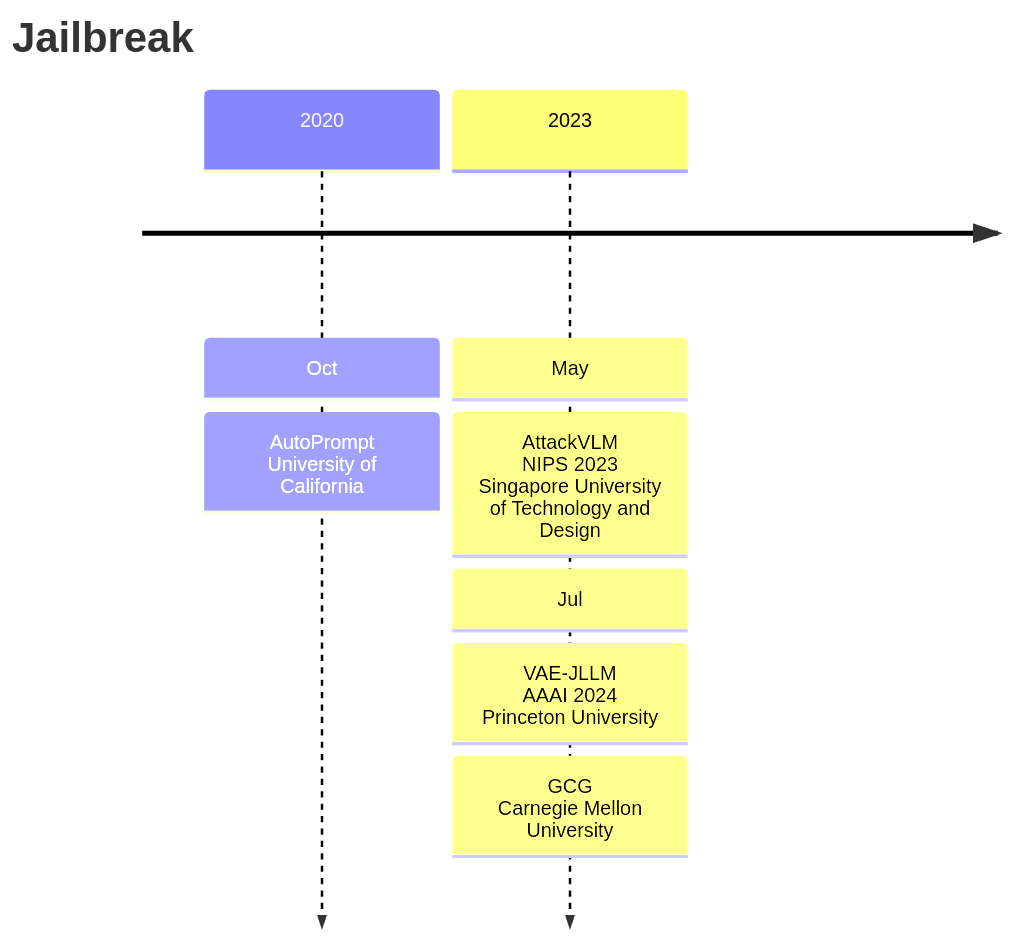
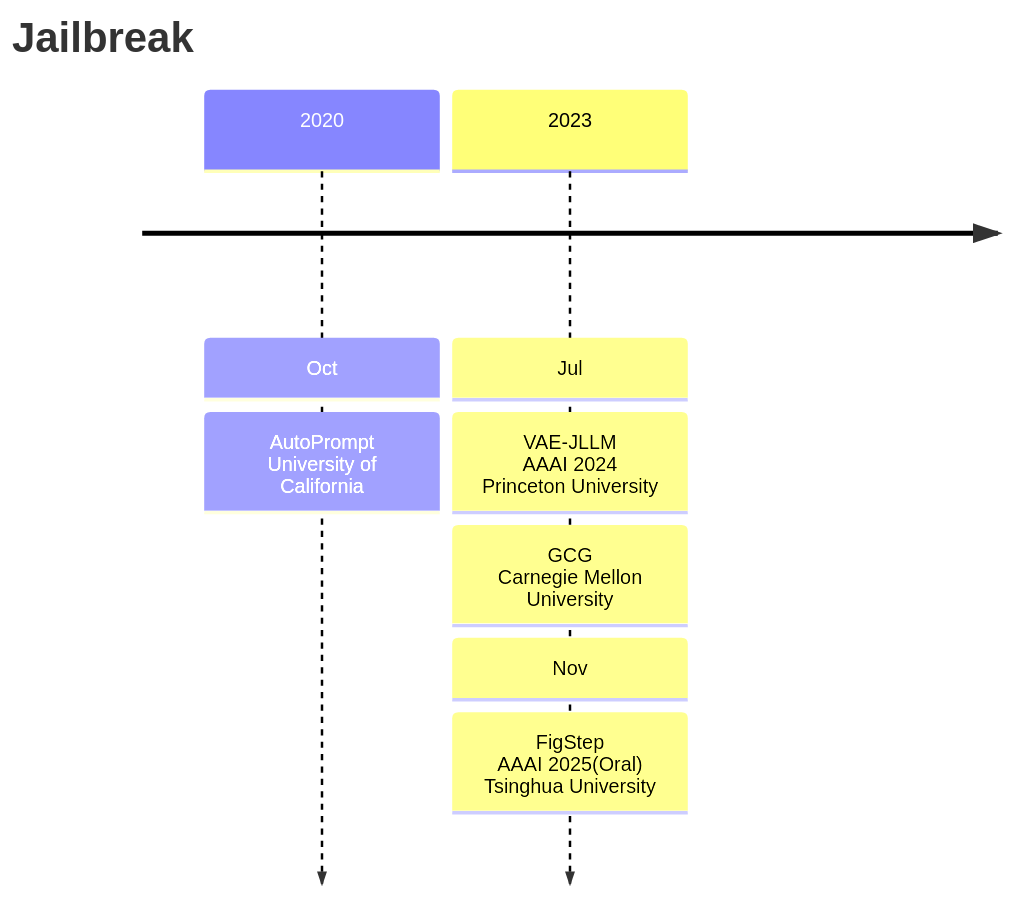
Before and after one commit to Elephant-King9/Paper: the first of 5 diagrams in Attack/Jailbreak/analyse.md, drawn with Mermaid. The commit also changed other lines of this file and 8 other files, not shown here.

Commit message:
FigStep: Jailbreaking Large Vision-Language Models via Typographic Visual Prompts

````diff
--- a/Attack/Jailbreak/analyse.md
+++ b/Attack/Jailbreak/analyse.md
@@ -5,13 +5,13 @@
 ```mermaid
 timeline
     title Jailbreak
     	2020 : Oct
     			 : AutoPrompt<br>University of California
-    	2023 : May
-    			 : AttackVLM<br>NIPS 2023<br>Singapore University of Technology and Design
-    			 : Jul
+    	2023 : Jul
     			 : VAE-JLLM<br>AAAI 2024<br>Princeton University
     			 : GCG<br>Carnegie Mellon University
+    			 : Nov
+    			 : FigStep<br>AAAI 2025(Oral)<br>Tsinghua University
     			 
     
 ```
````
